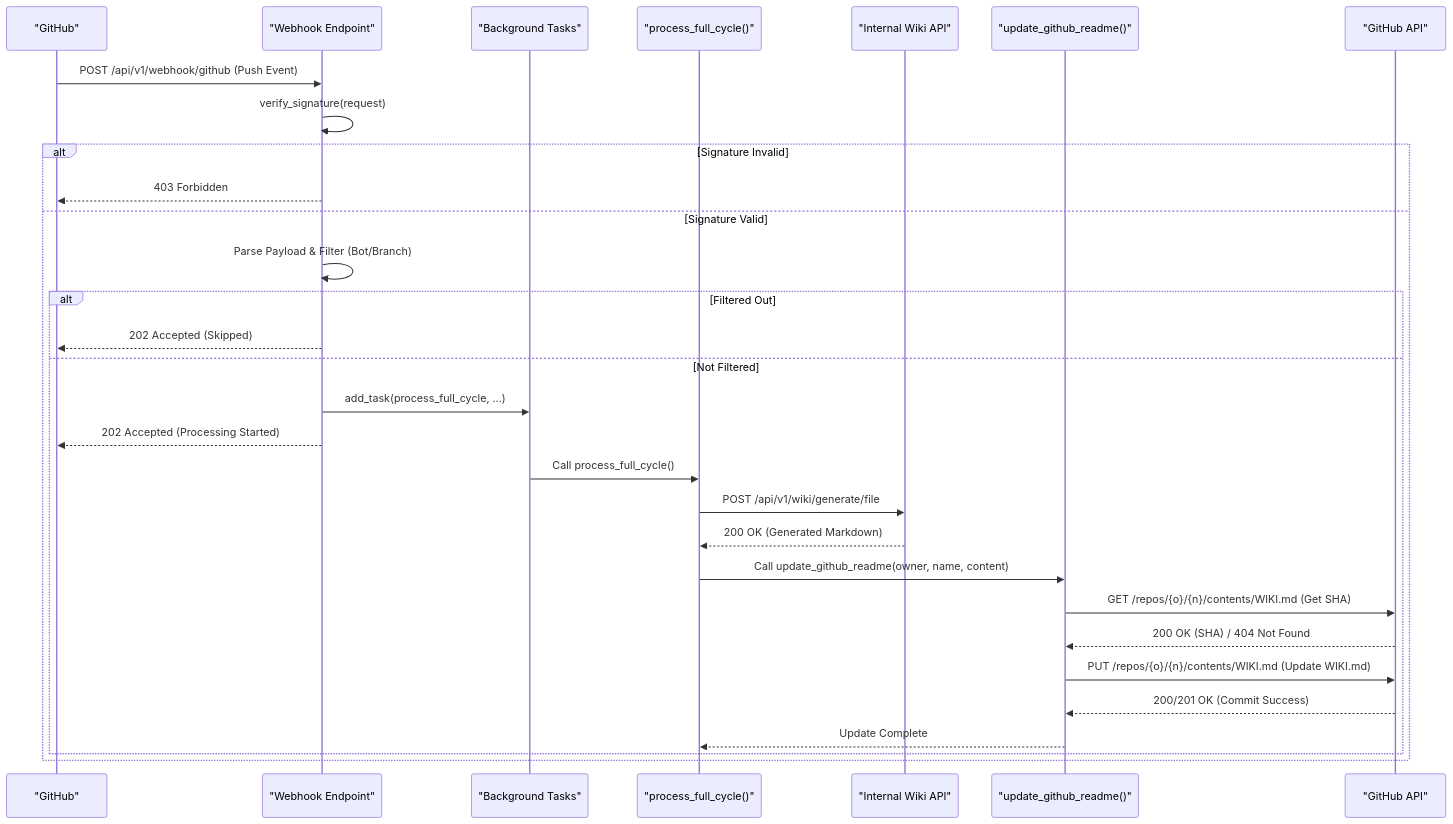
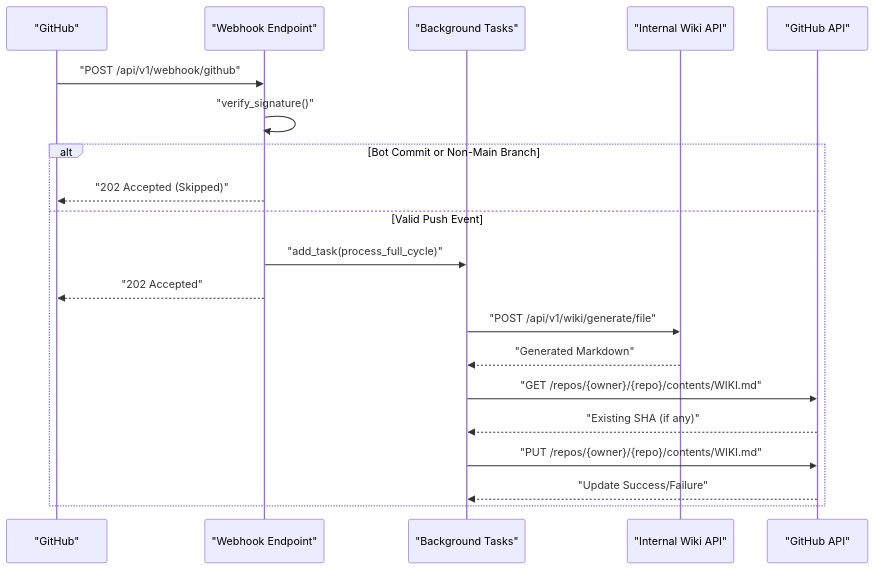
Diagram 11 of 23 in examples/wiki_as_README.md (catuscio/wiki-as-readme), drawn with Mermaid before and after one commit. The commit also changed other lines of this file, not shown here.

Commit message:
✨📚 Update examples/wiki_as_README.md via Wiki-As-Readme Action (ko)

````diff
--- a/examples/wiki_as_README.md
+++ b/examples/wiki_as_README.md
@@ -1317,33 +1203,23 @@
 ```mermaid
 sequenceDiagram
-    participant GH as "GitHub"
-    participant WEBHOOK as "Webhook Endpoint"
-    participant BG as "Background Tasks"
-    participant PFC as "process_full_cycle()"
-    participant WIKI_API as "Internal Wiki API"
-    participant UGR as "update_github_readme()"
-    participant GH_API as "GitHub API"
+    participant G as "GitHub"
+    participant W as "Webhook Endpoint"
+    participant B as "Background Tasks"
+    participant I as "Internal Wiki API"
+    participant GA as "GitHub API"
 
-    GH->>WEBHOOK: POST /api/v1/webhook/github (Push Event)
-    WEBHOOK->>WEBHOOK: verify_signature(request)
-    alt Signature Invalid
-        WEBHOOK-->>GH: 403 Forbidden
-    else Signature Valid
-        WEBHOOK->>WEBHOOK: Parse Payload & Filter (Bot/Branch)
-        alt Filtered Out
-            WEBHOOK-->>GH: 202 Accepted (Skipped)
-        else Not Filtered
-            WEBHOOK->>BG: add_task(process_full_cycle, ...)
-            WEBHOOK-->>GH: 202 Accepted (Processing Started)
-            BG->>PFC: Call process_full_cycle()
-            PFC->>WIKI_API: POST /api/v1/wiki/generate/file
-            WIKI_API-->>PFC: 200 OK (Generated Markdown)
-            PFC->>UGR: Call update_github_readme(owner, name, content)
-            UGR->>GH_API: GET /repos/{o}/{n}/contents/WIKI.md (Get SHA)
-            GH_API-->>UGR: 200 OK (SHA) / 404 Not Found
-            UGR->>GH_API: PUT /repos/{o}/{n}/contents/WIKI.md (Update WIKI.md)
-            GH_API-->>UGR: 200/201 OK (Commit Success)
-            UGR-->>PFC: Update Complete
-        end
+    G->>W: "POST /api/v1/webhook/github"
+    W->>W: "verify_signature()"
+    alt Bot Commit or Non-Main Branch
+        W-->>G: "202 Accepted (Skipped)"
+    else Valid Push Event
+        W->>B: "add_task(process_full_cycle)"
+        W-->>G: "202 Accepted"
+        B->>I: "POST /api/v1/wiki/generate/file"
+        I-->>B: "Generated Markdown"
+        B->>GA: "GET /repos/{owner}/{repo}/contents/WIKI.md"
+        GA-->>B: "Existing SHA (if any)"
+        B->>GA: "PUT /repos/{owner}/{repo}/contents/WIKI.md"
+        GA-->>B: "Update Success/Failure"
     end
 ```
````
